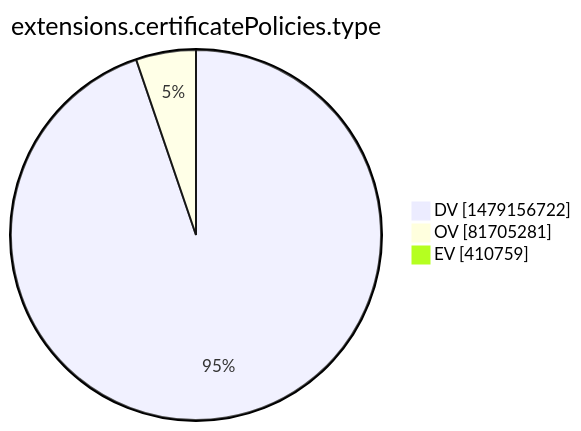
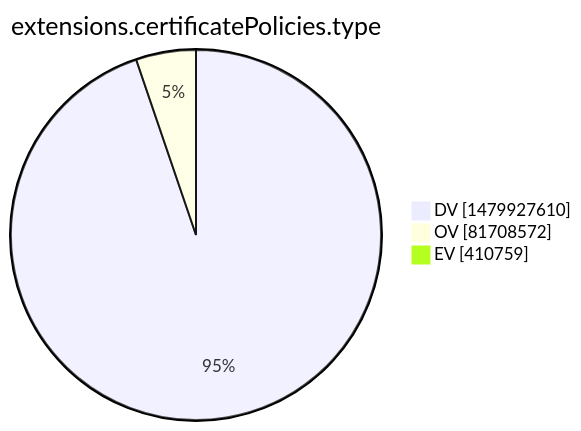
The tenth of 15 diagrams in xenon2022/README.md (christiankrug/ctmonitor_visualization), drawn with Mermaid before and after one commit. The commit also changed other lines of this file, not shown here.

````diff
--- a/xenon2022/README.md
+++ b/xenon2022/README.md
@@ -2873,7 +2873,7 @@
 ```mermaid
 pie showData
 title extensions.certificatePolicies.type
-"DV" :1479156722
-"OV" :81705281
+"DV" :1479927610
+"OV" :81708572
 "EV" :410759
 ```
````
